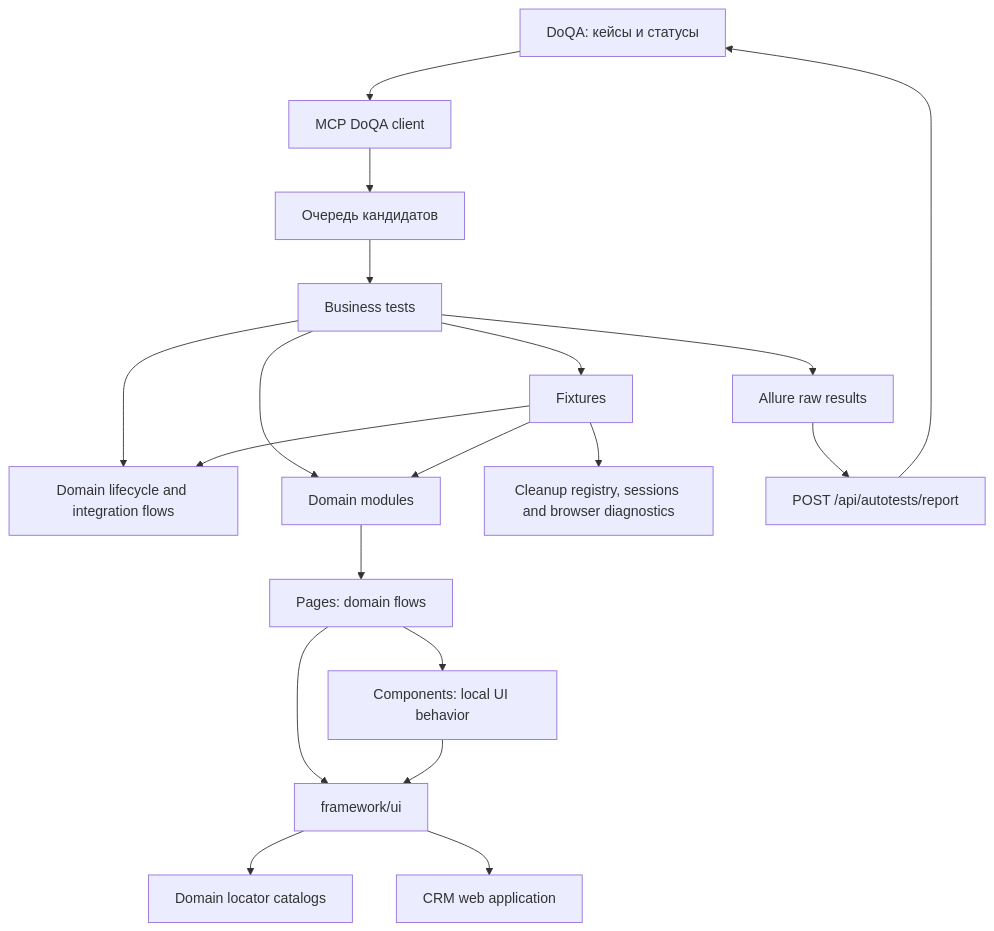
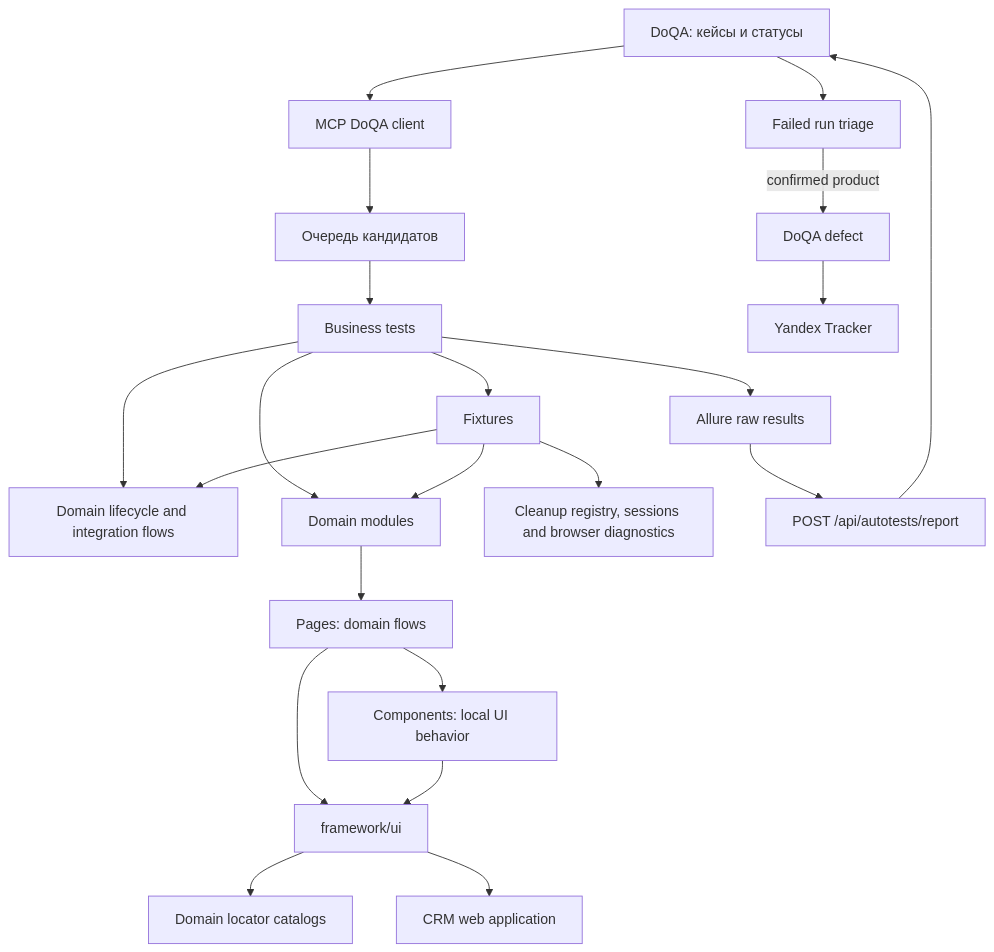
One commit to BBBtp/AezakmiGroup-Tests changed the diagram in docs/ARCHITECTURE.md. Above: the diagram before and after it, drawn with Mermaid. The commit also changed other lines of this file and 33 other files, not shown here.

````diff
--- a/docs/ARCHITECTURE.md
+++ b/docs/ARCHITECTURE.md
@@ -9,21 +9,24 @@
 ```mermaid
 flowchart TD
   DoQA[DoQA: кейсы и статусы] --> MCP[MCP DoQA client]
   MCP --> Queue[Очередь кандидатов]
   Queue --> Tests[Business tests]
   Tests --> Fixtures[Fixtures]
   Tests --> Support[Domain lifecycle and integration flows]
   Tests --> Modules[Domain modules]
   Fixtures --> Modules
   Fixtures --> Support
   Modules --> Pages[Pages: domain flows]
   Pages --> Components[Components: local UI behavior]
   Pages --> UI[framework/ui]
   Components --> UI
   UI --> Locators[Domain locator catalogs]
   UI --> CRM[CRM web application]
   Fixtures --> Lifecycle[Cleanup registry, sessions and browser diagnostics]
   Tests --> Allure[Allure raw results]
   Allure --> Upload[POST /api/autotests/report]
   Upload --> DoQA
+  DoQA --> Triage[Failed run triage]
+  Triage -->|confirmed product| Defect[DoQA defect]
+  Defect --> Tracker[Yandex Tracker]
 ```
````
